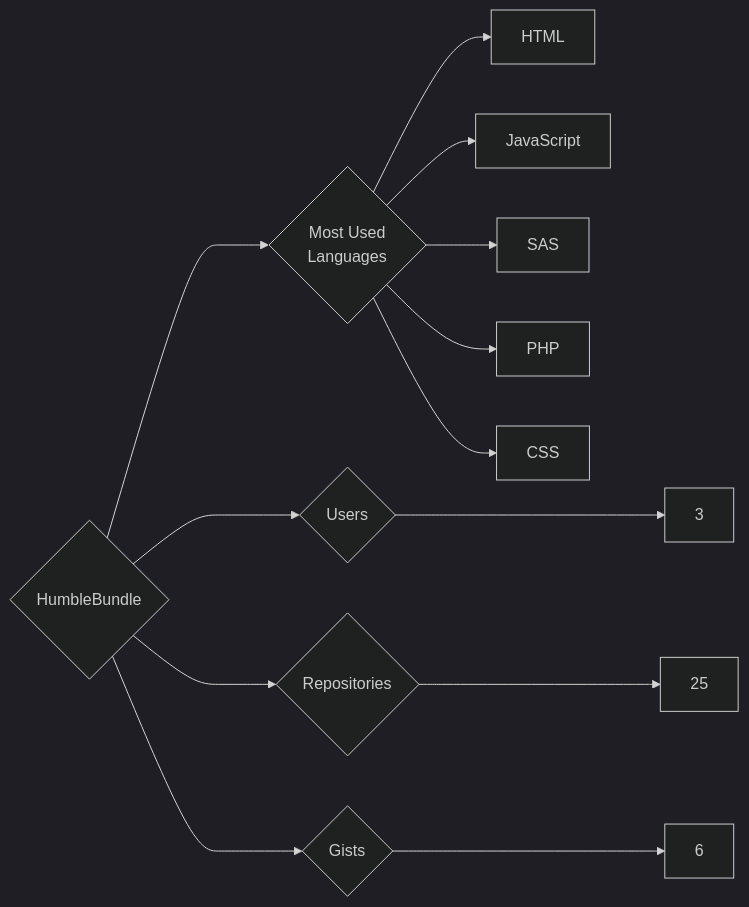
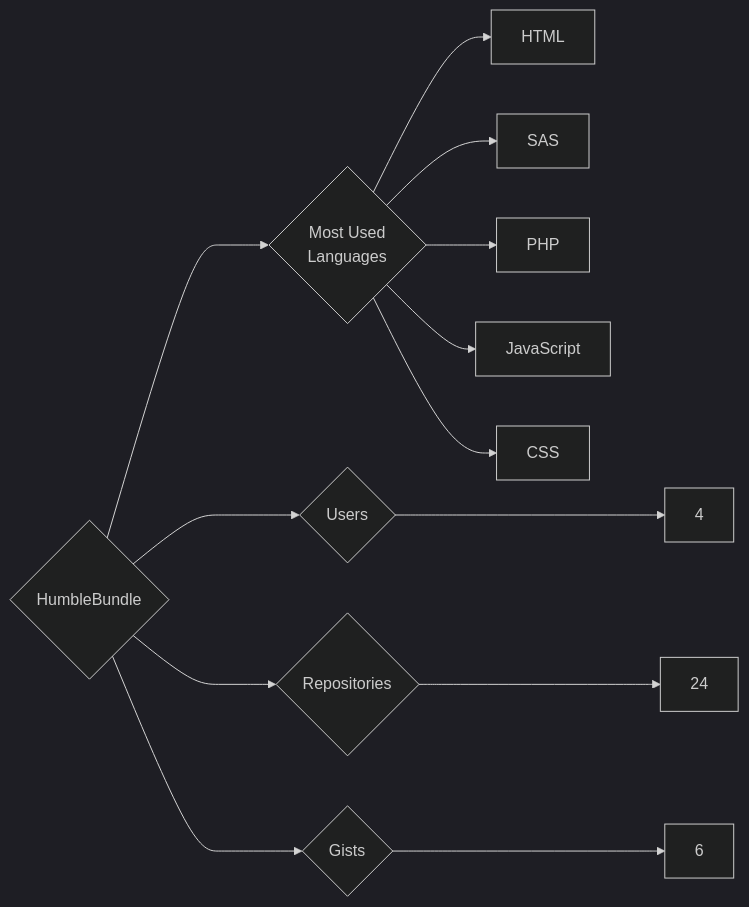
The diagram in targets/HumbleBundle/README.md (trickest/insiders), drawn with Mermaid (dark theme) before and after one commit. The commit also changed 988 other files, not shown here.

````diff
--- a/targets/HumbleBundle/README.md
+++ b/targets/HumbleBundle/README.md
@@ -3,13 +3,13 @@
 ```mermaid
 graph LR
 COMPANY_NAME{HumbleBundle}
-COMPANY_NAME ---> U{Users} ---> UN[3]
-COMPANY_NAME ---> R{Repositories} ---> RN[25]
+COMPANY_NAME ---> U{Users} ---> UN[4]
+COMPANY_NAME ---> R{Repositories} ---> RN[24]
 COMPANY_NAME ---> G{Gists} ---> GN[6]
 COMPANY_NAME ---> ML{Most Used<br>Languages}
 ML --> HTML[HTML]
-ML --> JavaScript[JavaScript]
 ML --> SAS[SAS]
 ML --> PHP[PHP]
+ML --> JavaScript[JavaScript]
 ML --> CSS[CSS]
 ```
````
